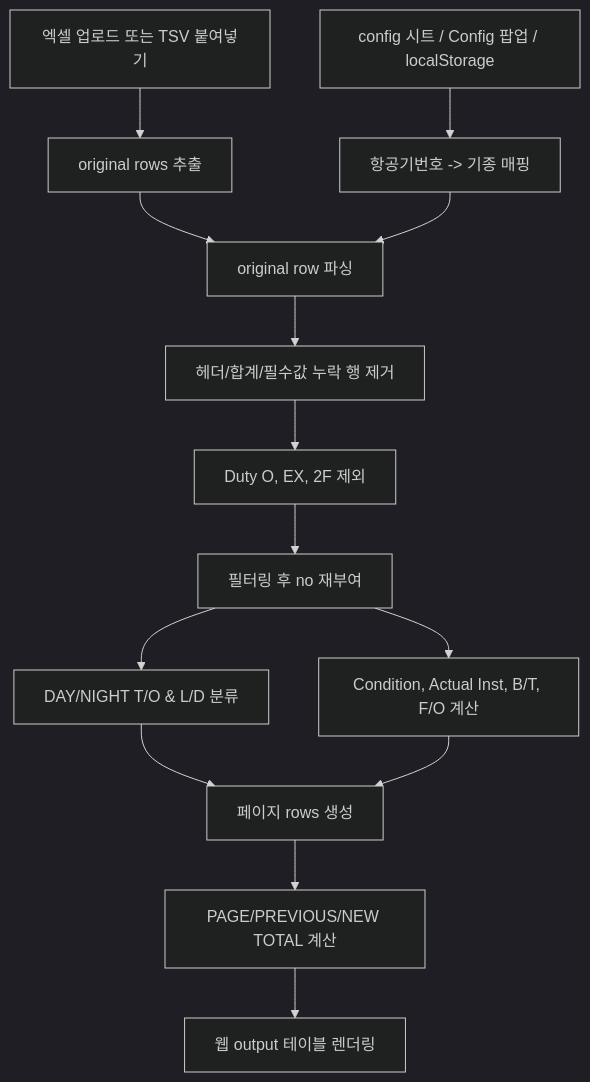
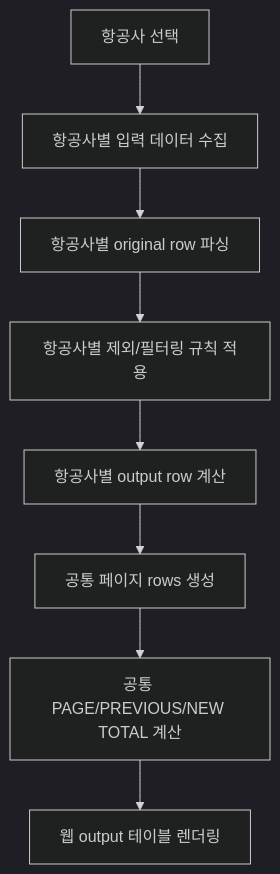
The diagram in docs/business-logic.md (heesung6701/Flight-Time), drawn with Mermaid (dark theme) before and after one commit. The commit also changed other lines of this file and 4 other files, not shown here.

````diff
--- a/docs/business-logic.md
+++ b/docs/business-logic.md
@@ -388,16 +22,10 @@
 ```mermaid
 flowchart TD
-  A[엑셀 업로드 또는 TSV 붙여넣기] --> B[original rows 추출]
-  C[config 시트 / Config 팝업 / localStorage] --> D[항공기번호 -> 기종 매핑]
-  B --> E[original row 파싱]
-  D --> E
-  E --> F[헤더/합계/필수값 누락 행 제거]
-  F --> G[Duty O, EX, 2F 제외]
-  G --> H[필터링 후 no 재부여]
-  H --> I[DAY/NIGHT T/O & L/D 분류]
-  H --> J[Condition, Actual Inst, B/T, F/O 계산]
-  I --> K[페이지 rows 생성]
-  J --> K
-  K --> L[PAGE/PREVIOUS/NEW TOTAL 계산]
-  L --> M[웹 output 테이블 렌더링]
+  A[항공사 선택] --> B[항공사별 입력 데이터 수집]
+  B --> C[항공사별 original row 파싱]
+  C --> D[항공사별 제외/필터링 규칙 적용]
+  D --> E[항공사별 output row 계산]
+  E --> F[공통 페이지 rows 생성]
+  F --> G[공통 PAGE/PREVIOUS/NEW TOTAL 계산]
+  G --> H[웹 output 테이블 렌더링]
 ```
````
